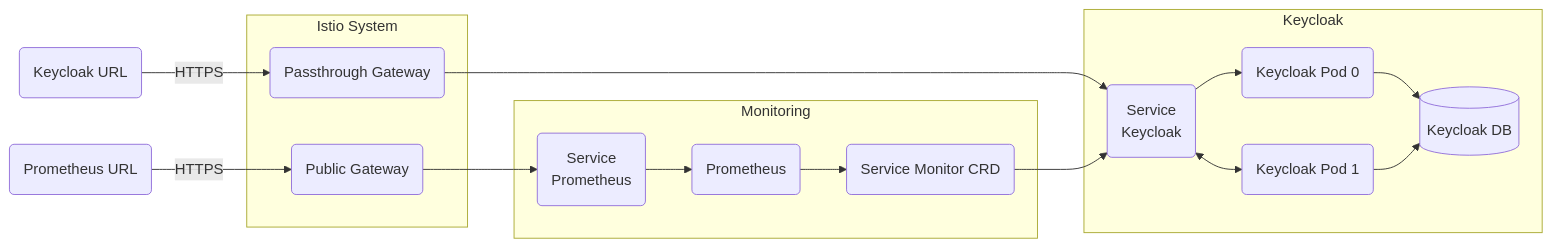
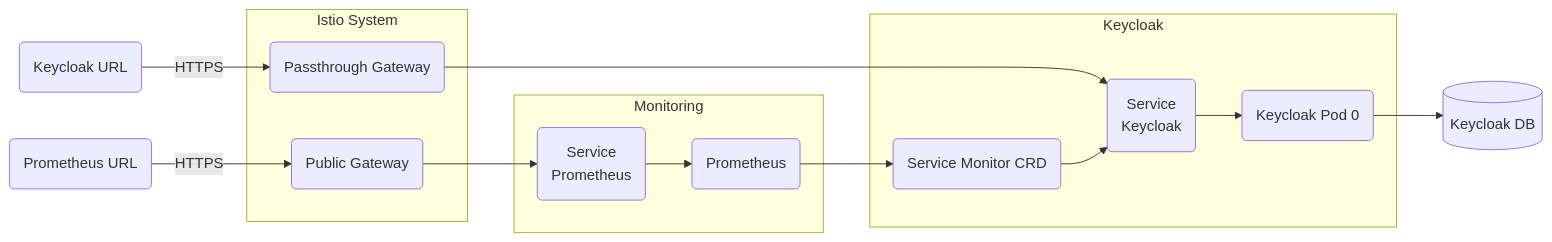
Before and after one commit to shebashio/bigbang: the diagram in docs/understanding-bigbang/package-architecture/keycloak.md, drawn with Mermaid. The commit also changed other lines of this file, not shown here.

````diff
--- a/docs/understanding-bigbang/package-architecture/keycloak.md
+++ b/docs/understanding-bigbang/package-architecture/keycloak.md
@@ -9,21 +9,22 @@
 ```mermaid
 graph LR
     urlkc(Keycloak URL) -->|HTTPS| pg
     urlpr(Prometheus URL) -->|HTTPS| ig
 
     subgraph "Istio System"
         ig(Public Gateway)
         pg(Passthrough Gateway)
     end
 
     subgraph "Monitoring"
         ig --> servpr("Service<BR>Prometheus") --> prom
-        prom(Prometheus) --> monitor
-        monitor(Service Monitor CRD)
+        prom(Prometheus)
     end
 
     subgraph "Keycloak"
-        pg --> servkc("Service<BR>Keycloak") --> pod0("Keycloak Pod 0") --> db[(Keycloak DB)]
-        monitor --> servkc <--> pod1("Keycloak Pod 1") --> db[(Keycloak DB)]
+        pg --> servkc("Service<BR>Keycloak") --> pod0("Keycloak Pod 0")
+        prom --> monitor(Service Monitor CRD) --> servkc
     end
+
+    pod0("Keycloak Pod 0") --> db[(Keycloak DB)]
 ```
````
